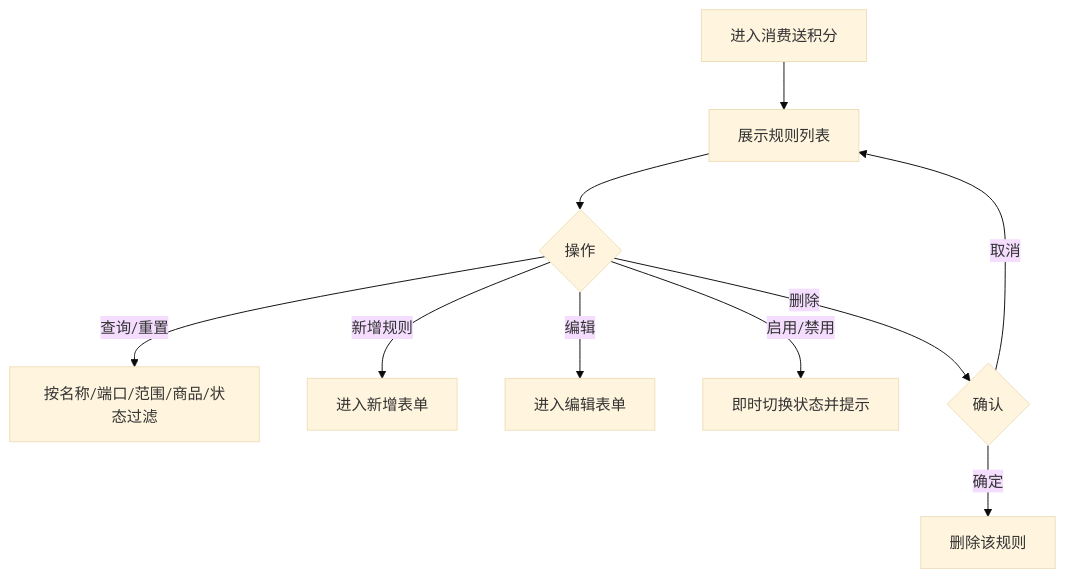
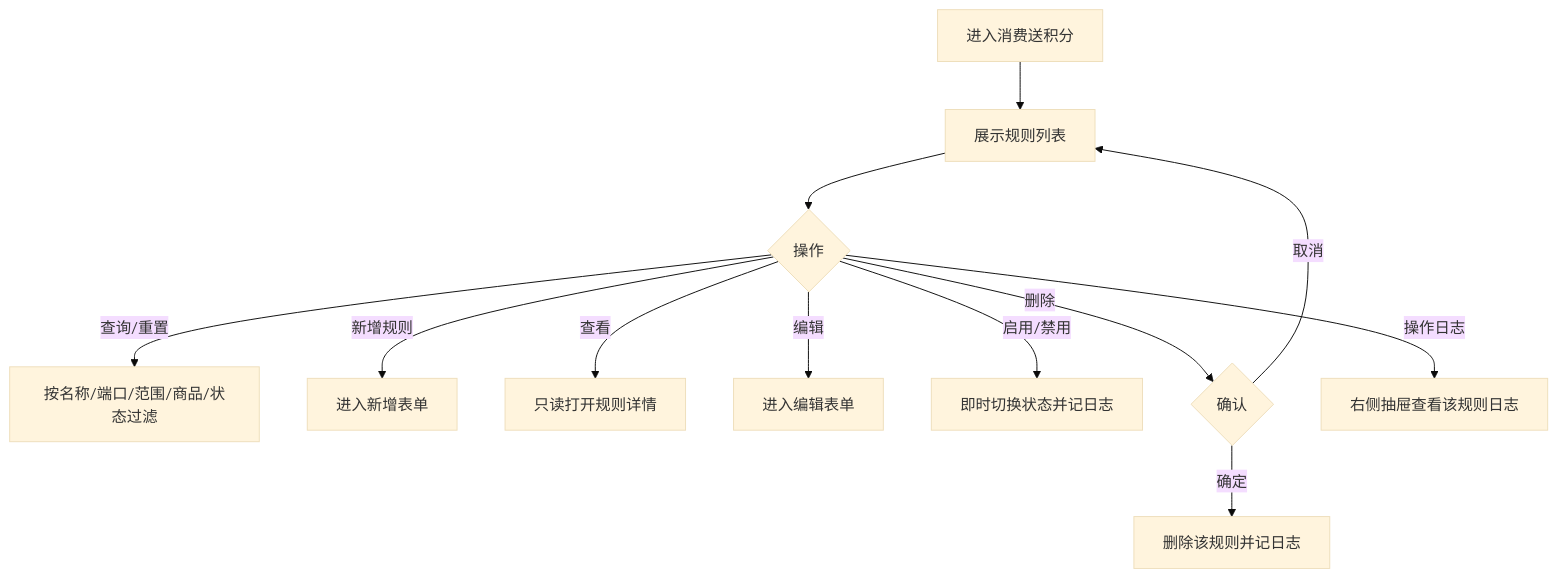
One commit to 342-droid/LFerp changed the second of 15 diagrams in prototype-prd/670-积分整体需求：积分规则、积分获取、积分抵现、积分明细、积分商城.md. Above: the diagram before and after it, drawn with Mermaid (base theme). The commit also changed other lines of this file and 40 other files, not shown here.

````diff
--- a/prototype-prd/670-积分整体需求：积分规则、积分获取、积分抵现、积分明细、积分商城.md
+++ b/prototype-prd/670-积分整体需求：积分规则、积分获取、积分抵现、积分明细、积分商城.md
@@ -131,12 +139,14 @@
 ```mermaid
 flowchart TD
   A[进入消费送积分] --> B[展示规则列表]
   B --> C{操作}
   C -->|查询/重置| D[按名称/端口/范围/商品/状态过滤]
   C -->|新增规则| E[进入新增表单]
+  C -->|查看| V[只读打开规则详情]
   C -->|编辑| F[进入编辑表单]
-  C -->|启用/禁用| G[即时切换状态并提示]
+  C -->|启用/禁用| G[即时切换状态并记日志]
   C -->|删除| H{确认}
   H -->|取消| B
-  H -->|确定| I[删除该规则]
+  H -->|确定| I[删除该规则并记日志]
+  C -->|操作日志| J[右侧抽屉查看该规则日志]
 ```
````
